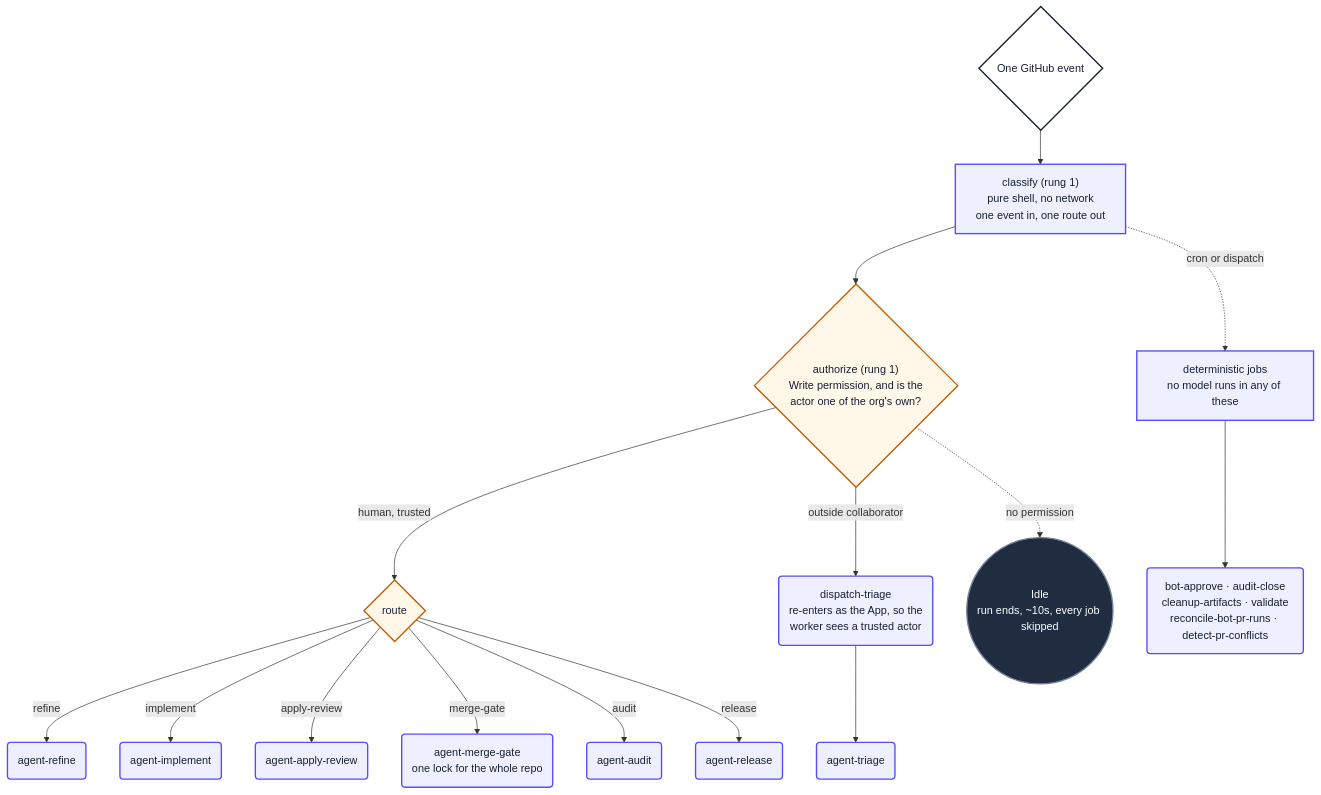
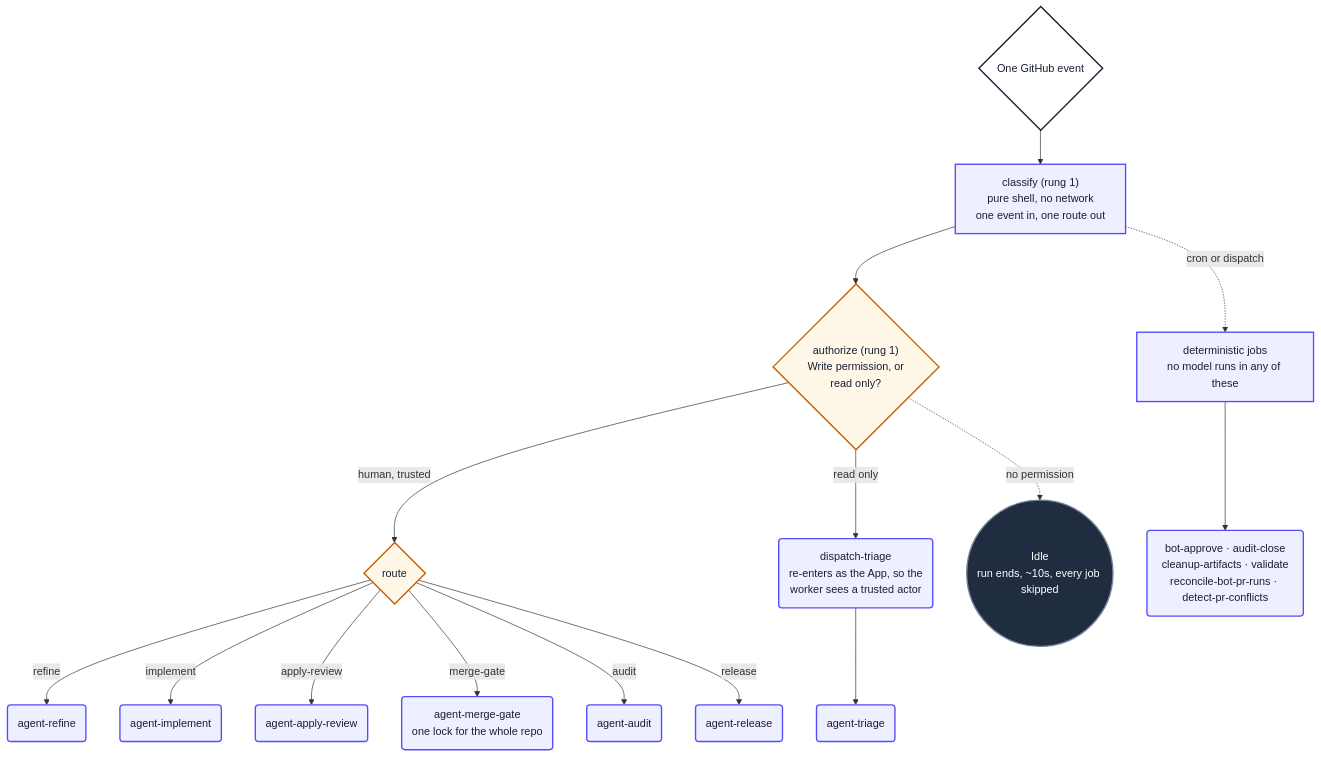
Before and after one commit to PlainConceptsPlatform/agentic-workflows: the first of 13 diagrams in loops/docs/diagrams.md, drawn with Mermaid. The commit also changed other lines of this file and 10 other files, not shown here.

First line of the commit message:
fix(router): never triage an issue opened by someone with write access (1.2.2)

````diff
--- a/loops/docs/diagrams.md
+++ b/loops/docs/diagrams.md
@@ -36,36 +36,36 @@
 ```mermaid
 flowchart TD
     ev{"One GitHub event"} --> classify
     classify["classify (rung 1)<br/>pure shell, no network<br/>one event in, one route out"] --> authorize
-    authorize{"authorize (rung 1)<br/>Write permission, and is the<br/>actor one of the org's own?"}
+    authorize{"authorize (rung 1)<br/>Write permission, or<br/>read only?"}
     authorize -->|"human, trusted"| work
-    authorize -->|"outside collaborator"| triageOnly
+    authorize -->|"read only"| triageOnly
     authorize -.->|"no permission"| idle
     work{"route"} -->|refine| wRefine
     work -->|implement| wImpl
     work -->|apply-review| wReview
     work -->|merge-gate| wGate
     work -->|audit| wAudit
     work -->|release| wRelease
     triageOnly("dispatch-triage<br/>re-enters as the App, so the<br/>worker sees a trusted actor") --> wTriage
     wRefine("agent-refine")
     wImpl("agent-implement")
     wReview("agent-apply-review")
     wGate("agent-merge-gate<br/>one lock for the whole repo")
     wAudit("agent-audit")
     wRelease("agent-release")
     wTriage("agent-triage")
     classify -.->|"cron or dispatch"| plumbing
     plumbing["deterministic jobs<br/>no model runs in any of these"] --> pJobs
     pJobs("bot-approve · audit-close<br/>cleanup-artifacts · validate<br/>reconcile-bot-pr-runs · detect-pr-conflicts")
     idle(("Idle<br/>run ends, ~10s, every job skipped"))
 
     classDef start fill:#ffffff,stroke:#172033,stroke-width:2px,color:#172033
     classDef action fill:#eef0ff,stroke:#554cff,stroke-width:2px,color:#172033
     classDef decision fill:#fff8e8,stroke:#c75b00,stroke-width:2px,color:#172033
     classDef idle fill:#202c40,stroke:#738198,stroke-width:2px,color:#ffffff
     class ev start
     class classify,triageOnly,plumbing,pJobs,wRefine,wImpl,wReview,wGate,wAudit,wRelease,wTriage action
     class authorize,work decision
     class idle idle
 ```
````
